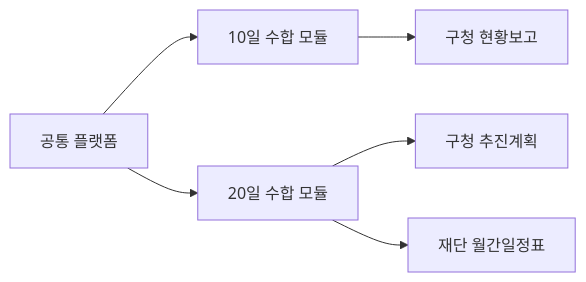
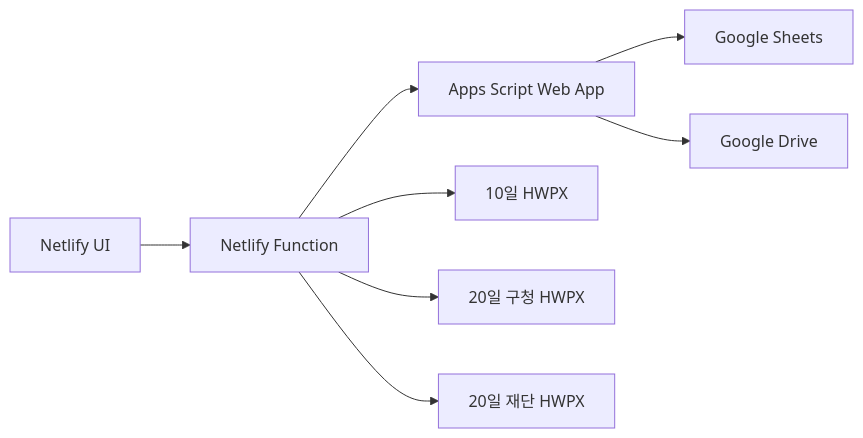
One commit to FiveEastRoot/nowonlib-program-collection changed the diagram in doc/03_개발/00_문화프로그램_통합수합업무_개발.md. Above: the diagram before and after it, drawn with Mermaid. The commit also changed other lines of this file and 64 other files, not shown here.

````diff
--- a/doc/03_개발/00_문화프로그램_통합수합업무_개발.md
+++ b/doc/03_개발/00_문화프로그램_통합수합업무_개발.md
@@ -30,8 +33,10 @@
 ```mermaid
 flowchart LR
-    A[공통 플랫폼] --> B[10일 수합 모듈]
-    A --> C[20일 수합 모듈]
-    B --> D[구청 현황보고]
-    C --> E[구청 추진계획]
-    C --> F[재단 월간일정표]
+    A[Netlify UI] --> B[Netlify Function]
+    B --> C[Apps Script Web App]
+    C --> D[Google Sheets]
+    C --> E[Google Drive]
+    B --> F[10일 HWPX]
+    B --> G[20일 구청 HWPX]
+    B --> H[20일 재단 HWPX]
 ```
````
